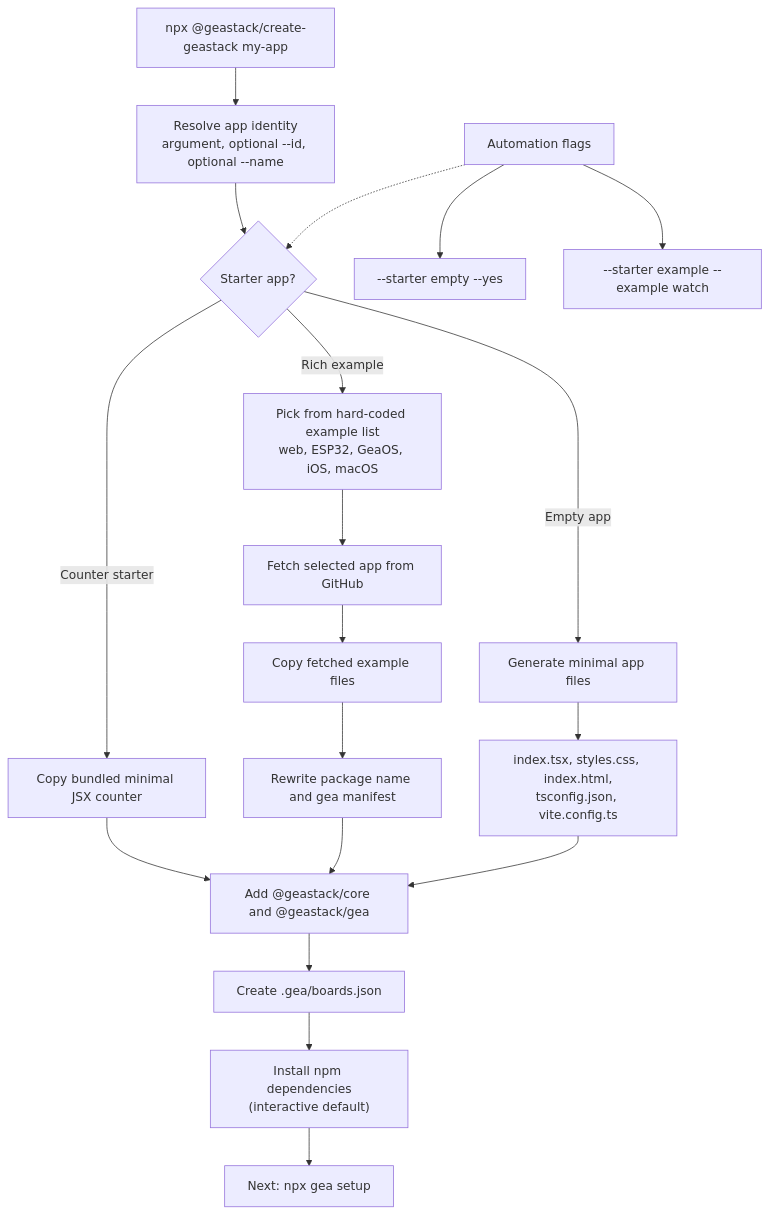
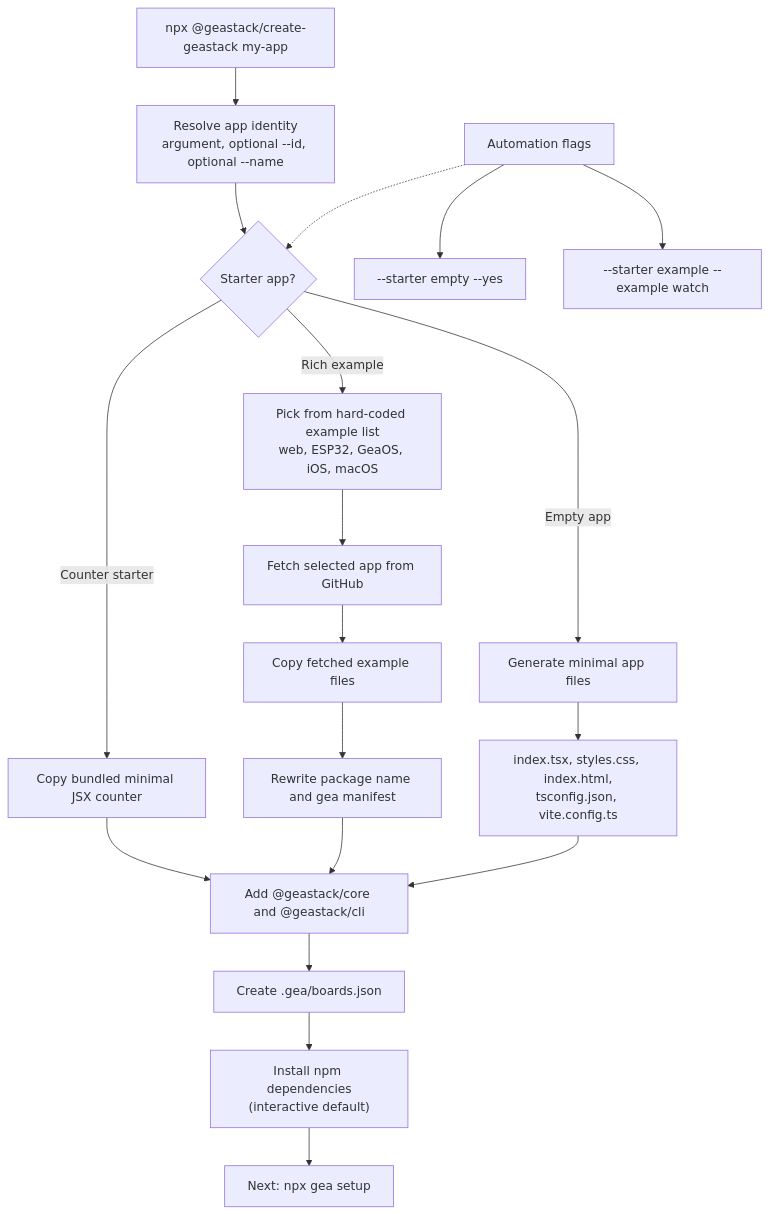
One commit to geastack/cli changed the first of 2 diagrams in README.md. Above: the diagram before and after it, drawn with Mermaid. The commit also changed other lines of this file and 8 other files, not shown here.

Commit message:
Rename CLI package to @geastack/cli

````diff
--- a/README.md
+++ b/README.md
@@ -26,26 +26,26 @@
 ```mermaid
 flowchart TD
   create["npx @geastack/create-geastack my-app"] --> identity["Resolve app identity<br/>argument, optional --id, optional --name"]
   identity --> starter{"Starter app?"}
 
   starter -->|"Counter starter"| counter["Copy bundled minimal JSX counter"]
 
   starter -->|"Empty app"| empty["Generate minimal app files"]
   empty --> emptyFiles["index.tsx, styles.css, index.html,<br/>tsconfig.json, vite.config.ts"]
 
   starter -->|"Rich example"| pickExample["Pick from hard-coded example list<br/>web, ESP32, GeaOS, iOS, macOS"]
   pickExample --> fetchExample["Fetch selected app from GitHub"]
   fetchExample --> copyExample["Copy fetched example files"]
   copyExample --> rewriteExample["Rewrite package name and gea manifest"]
 
-  counter --> projectWiring["Add @geastack/core and @geastack/gea"]
-  rewriteExample --> projectWiring["Add @geastack/core and @geastack/gea"]
+  counter --> projectWiring["Add @geastack/core and @geastack/cli"]
+  rewriteExample --> projectWiring["Add @geastack/core and @geastack/cli"]
   emptyFiles --> projectWiring
   projectWiring --> boardConfig["Create .gea/boards.json"]
   boardConfig --> install["Install npm dependencies<br/>(interactive default)"]
   install --> setup["Next: npx gea setup"]
 
   auto["Automation flags"] -.-> starter
   auto --> autoEmpty["--starter empty --yes"]
   auto --> autoExample["--starter example --example watch"]
 ```
````
